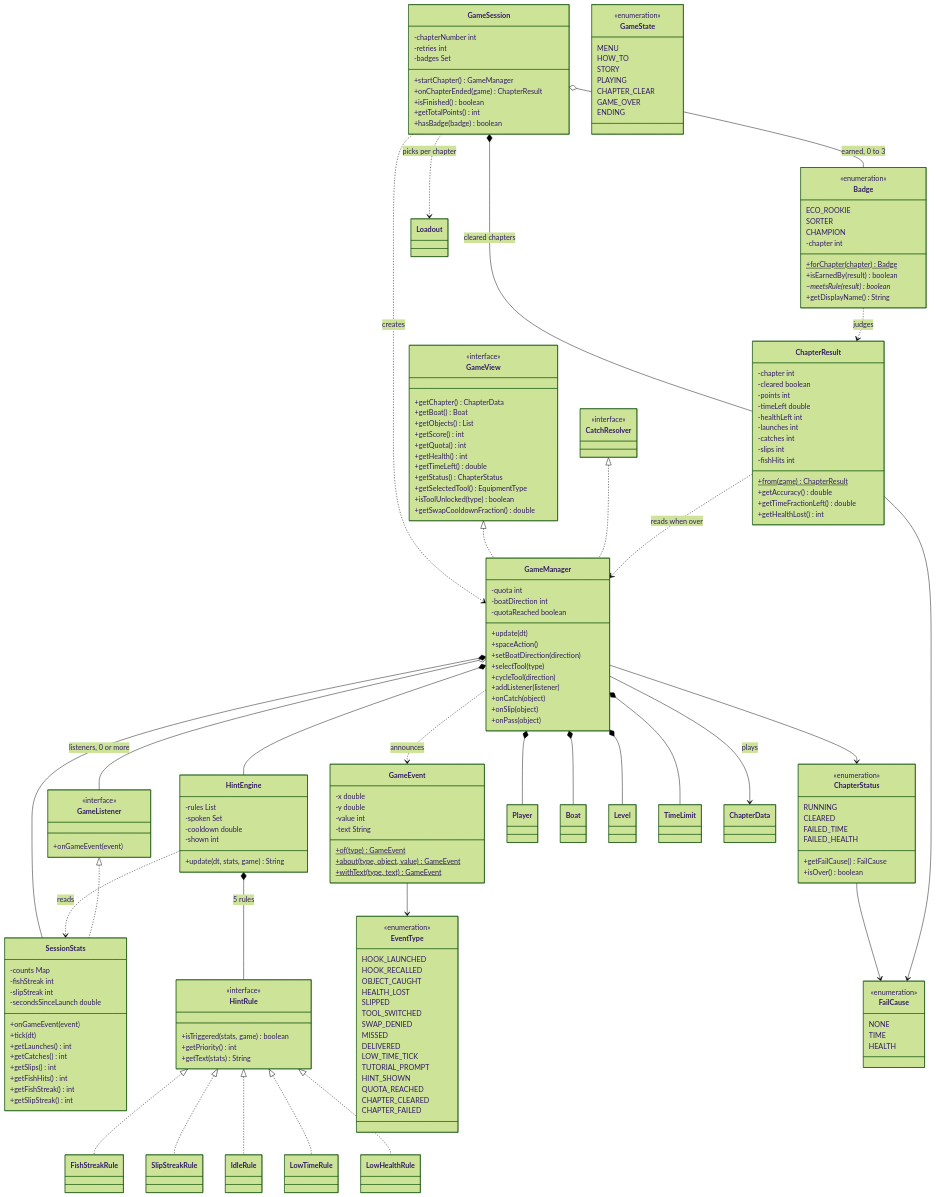
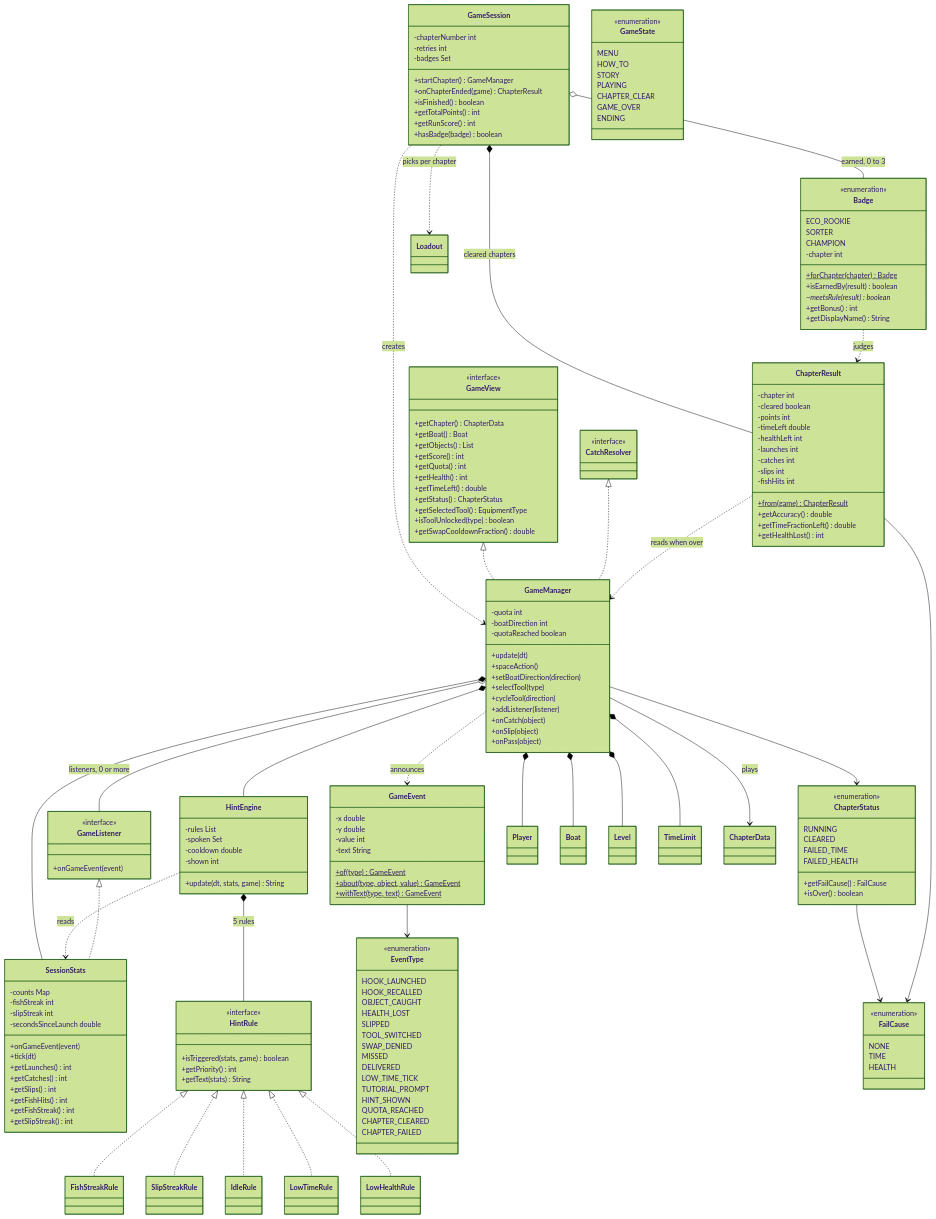
The fourth of 7 diagrams in docs/class-diagram.md (NJJAV33/Fish2trash), drawn with Mermaid (forest theme) before and after one commit. The commit also changed other lines of this file and 13 other files, not shown here.

First line of the commit message:
feat(game): add run score, high score table and file store

```diff
--- a/docs/class-diagram.md
+++ b/docs/class-diagram.md
@@ -349,6 +349,7 @@
         +onChapterEnded(game) ChapterResult
         +isFinished() boolean
         +getTotalPoints() int
+        +getRunScore() int
         +hasBadge(badge) boolean
     }
 
@@ -498,6 +499,7 @@
         +forChapter(chapter)$ Badge
         +isEarnedBy(result) boolean
         ~meetsRule(result)* boolean
+        +getBonus() int
         +getDisplayName() String
     }
 
```
